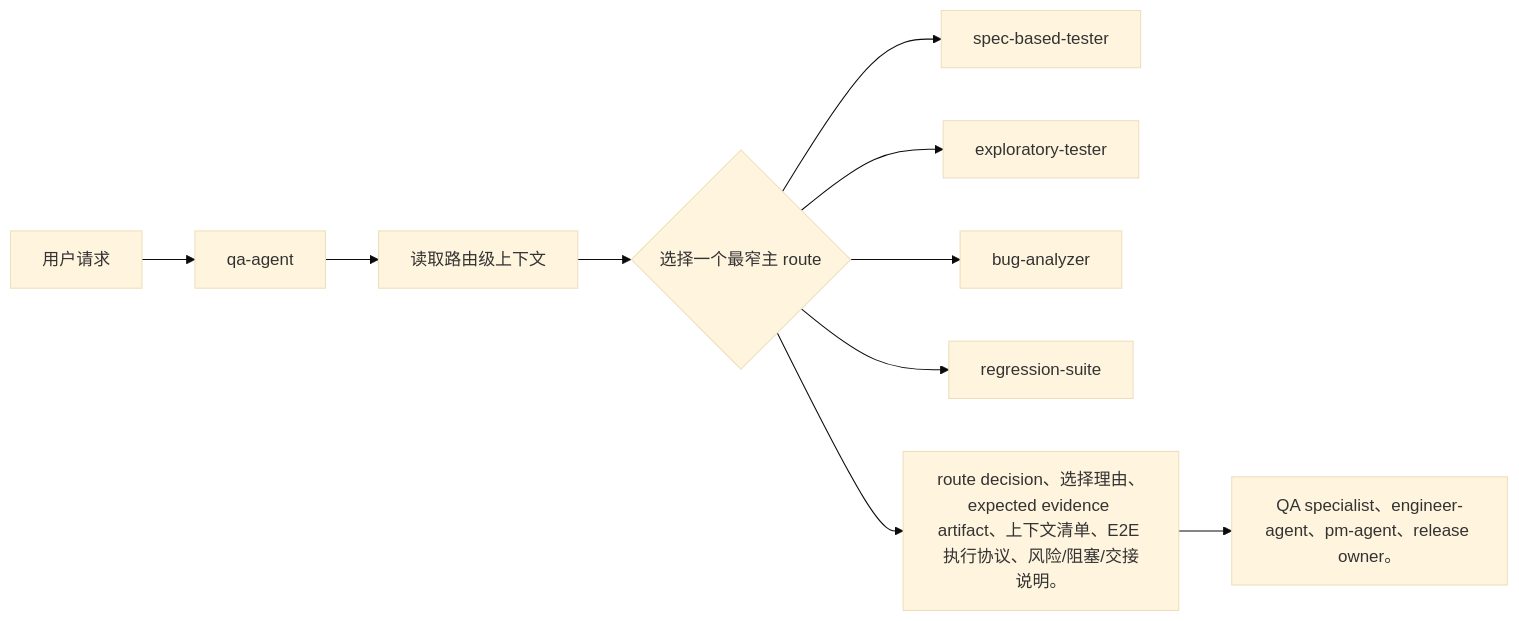
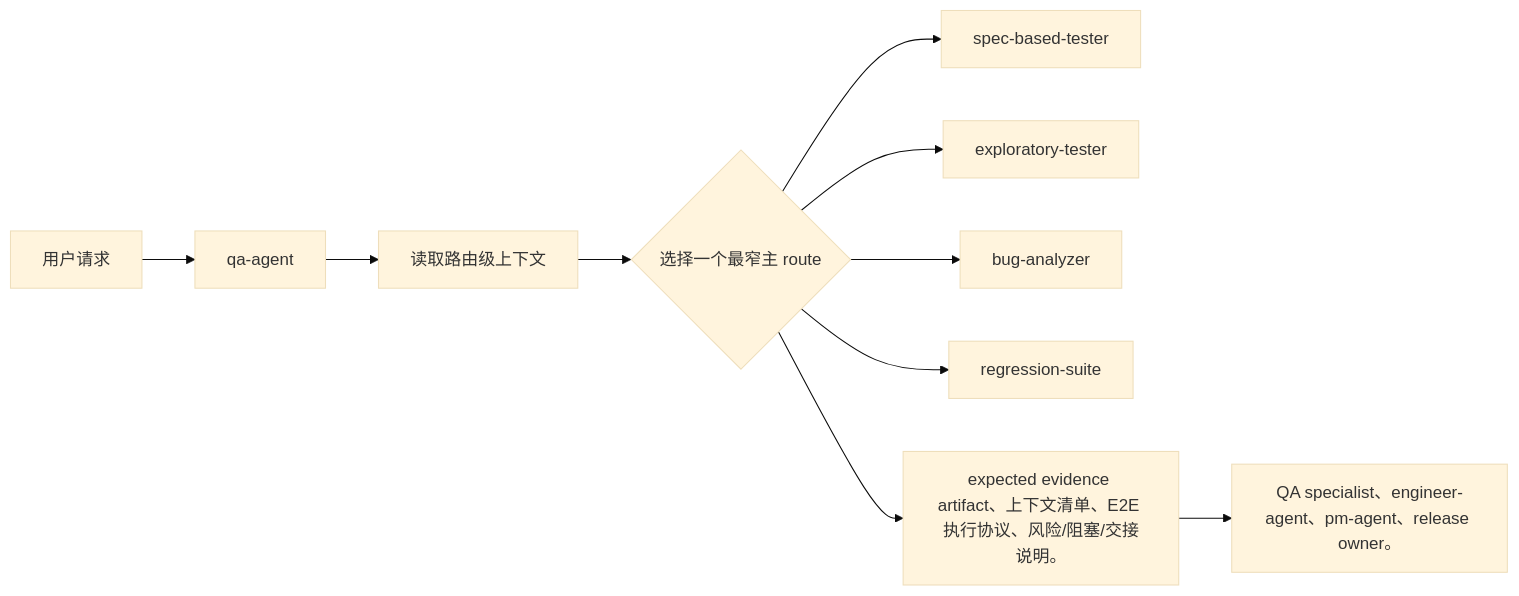
One commit to Neplich/dev-agent-skills changed the diagram in docs/pm/agents/qa-agent/skills/qa-agent/PRD.md. Above: the diagram before and after it, drawn with Mermaid (base theme). The commit also changed other lines of this file and 80 other files, not shown here.

First line of the commit message:
feat(agent-router): 按研发意图触发并收敛路由输出

````diff
--- a/docs/pm/agents/qa-agent/skills/qa-agent/PRD.md
+++ b/docs/pm/agents/qa-agent/skills/qa-agent/PRD.md
@@ -108,12 +111,12 @@
 ```mermaid
 flowchart LR
     User["用户请求"] --> Entry["qa-agent"]
     Entry --> Context["读取路由级上下文"]
     Context --> Decision{"选择一个最窄主 route"}
     Decision --> spec_based_tester["spec-based-tester"]
     Decision --> exploratory_tester["exploratory-tester"]
     Decision --> bug_analyzer["bug-analyzer"]
     Decision --> regression_suite["regression-suite"]
-    Decision --> Output["route decision、选择理由、expected evidence artifact、上下文清单、E2E 执行协议、风险/阻塞/交接说明。"]
+    Decision --> Output["expected evidence artifact、上下文清单、E2E 执行协议、风险/阻塞/交接说明。"]
     Output --> Handoff["QA specialist、engineer-agent、pm-agent、release owner。"]
 ```
````
